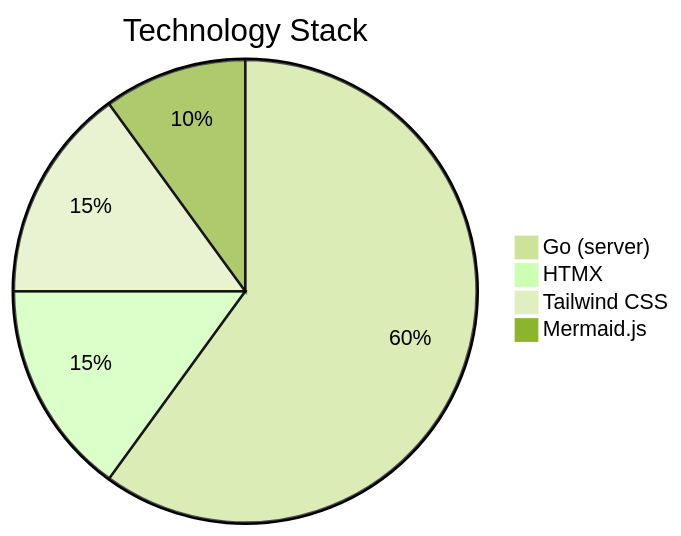
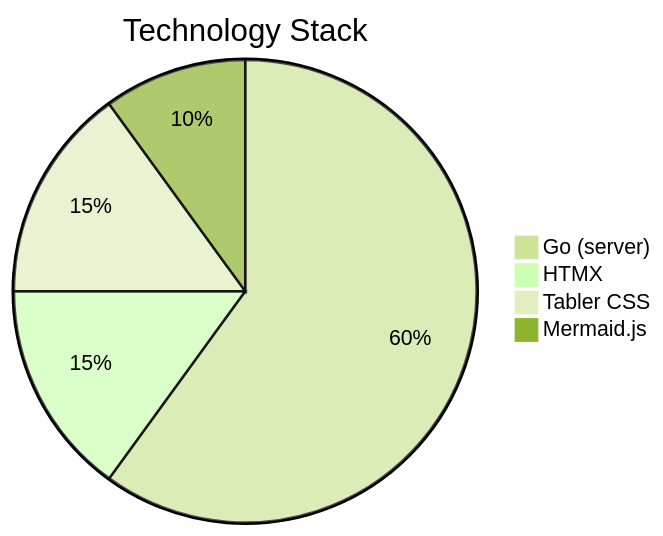
The fourth of 4 diagrams in site/guides/mermaid-diagrams.md (martinmares/dyno), drawn with Mermaid (forest theme) before and after one commit. The commit also changed 30 other files, not shown here.

Commit message:
Mgration from Tailwind to Tabler completed

````diff
--- a/site/guides/mermaid-diagrams.md
+++ b/site/guides/mermaid-diagrams.md
@@ -59,7 +59,7 @@
 ```mermaid
 pie title Technology Stack
     "Go (server)" : 60
     "HTMX" : 15
-    "Tailwind CSS" : 15
+    "Tabler CSS" : 15
     "Mermaid.js" : 10
 ```
````
